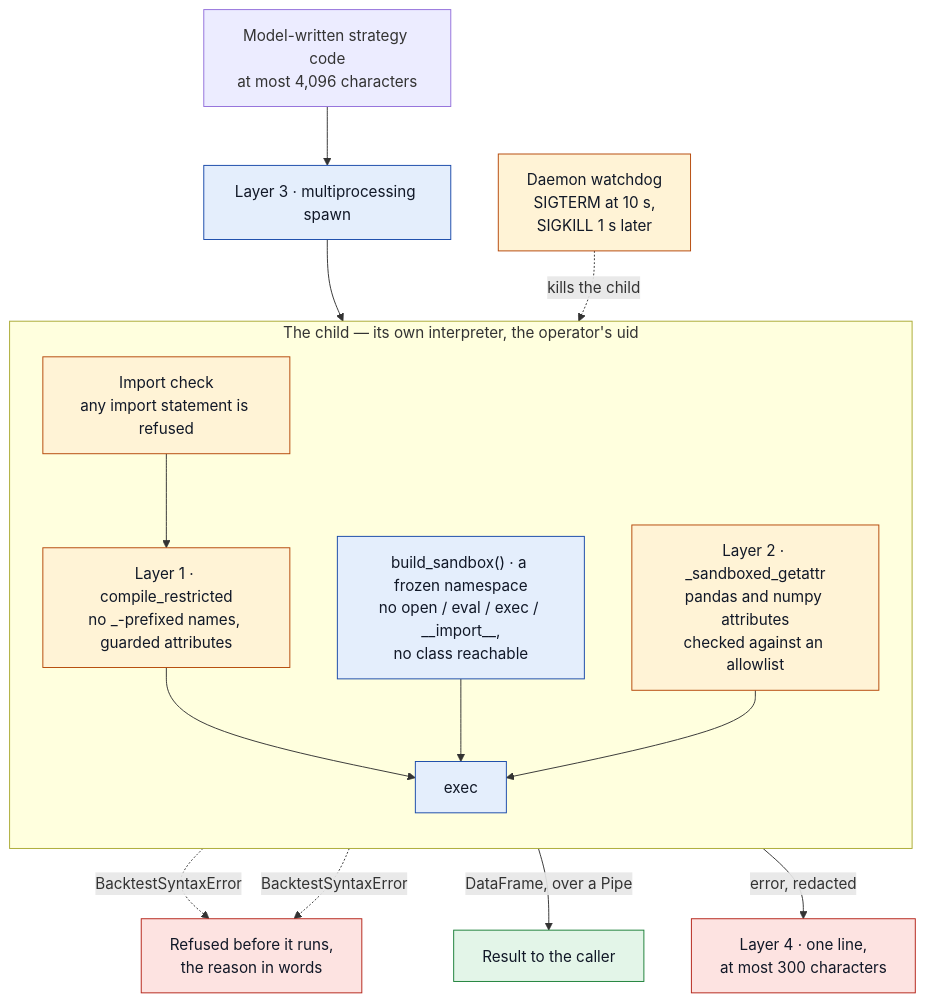
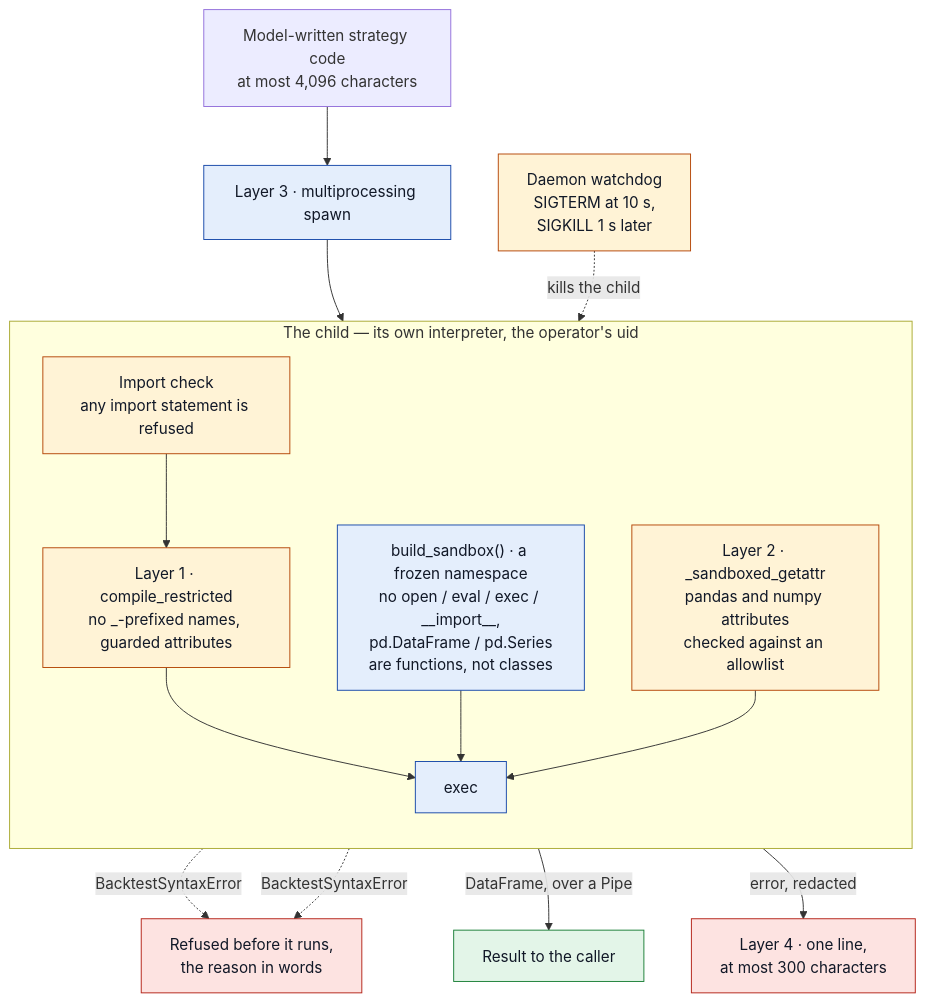
One commit to stephus182/ibkr_core_mcp changed the third of 5 diagrams in docs/security-architecture.md. Above: the diagram before and after it, drawn with Mermaid. The commit also changed other lines of this file and 1 other file, not shown here.

First line of the commit message:
docs(security): pd.DataFrame and pd.Series are constructor functions, not classes; "no class is ever reachable" was false (register F60)

````diff
--- a/docs/security-architecture.md
+++ b/docs/security-architecture.md
@@ -360,36 +360,36 @@
 ```mermaid
 flowchart TB
     classDef guard fill:#fff3d6,stroke:#b54708,color:#111827
     classDef proc fill:#e4eefc,stroke:#1849a9,color:#111827
     classDef out fill:#e3f5e8,stroke:#1a7f37,color:#111827
     classDef stop fill:#fde3e1,stroke:#b42318,color:#111827
 
     CODE["Model-written strategy code<br/>at most 4,096 characters"]
     SPAWN["Layer 3 · multiprocessing spawn"]
     CODE --> SPAWN
 
     subgraph CHILD["The child — its own interpreter, the operator's uid"]
         direction TB
         IM["Import check<br/>any import statement is refused"]
         CR["Layer 1 · compile_restricted<br/>no _-prefixed names, guarded attributes"]
-        NS["build_sandbox() · a frozen namespace<br/>no open / eval / exec / __import__,<br/>no class reachable"]
+        NS["build_sandbox() · a frozen namespace<br/>no open / eval / exec / __import__,<br/>pd.DataFrame / pd.Series<br/>are functions, not classes"]
         GA["Layer 2 · _sandboxed_getattr<br/>pandas and numpy attributes<br/>checked against an allowlist"]
         EX["exec"]
         IM --> CR
         CR --> EX
         NS --> EX
         GA --> EX
     end
 
     SPAWN --> IM
     IM -. "BacktestSyntaxError" .-> SYN["Refused before it runs,<br/>the reason in words"]
     CR -. "BacktestSyntaxError" .-> SYN
     WD["Daemon watchdog<br/>SIGTERM at 10 s,<br/>SIGKILL 1 s later"] -. "kills the child" .-> CHILD
     EX -- "DataFrame, over a Pipe" --> RES["Result to the caller"]
     EX -- "error, redacted" --> ERR["Layer 4 · one line,<br/>at most 300 characters"]
 
     class IM,CR,GA,WD guard
     class SPAWN,NS,EX proc
     class RES out
     class ERR,SYN stop
 ```
````
